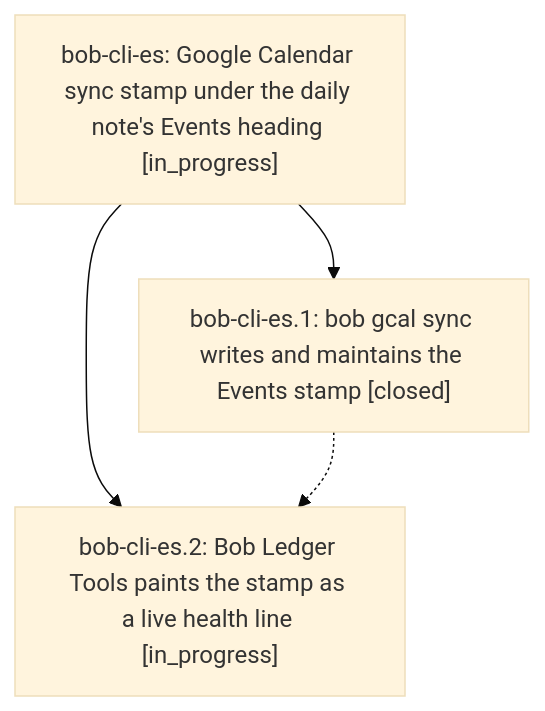
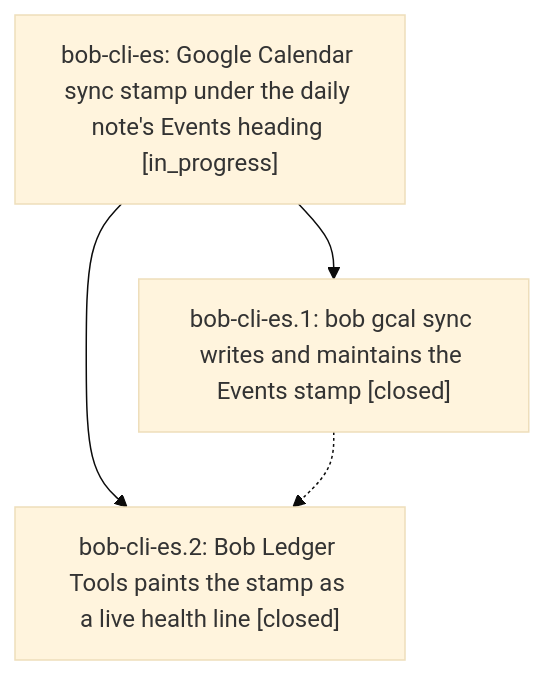
Before and after one commit to bobs-org/bob-cli--beads: the diagram in pages/bob-cli-es/README.md, drawn with Mermaid (base theme). The commit also changed other lines of this file and 2 other files, not shown here.

First line of the commit message:
chore(beads): sync bead state and pages for bob-cli-es

````diff
--- a/pages/bob-cli-es/README.md
+++ b/pages/bob-cli-es/README.md
@@ -35,9 +35,9 @@
 ```mermaid
 flowchart TD
     n0["bob-cli-es: Google Calendar sync stamp under the daily note's Events heading [in_progress]"]
     n1["bob-cli-es.1: bob gcal sync writes and maintains the Events stamp [closed]"]
-    n2["bob-cli-es.2: Bob Ledger Tools paints the stamp as a live health line [in_progress]"]
+    n2["bob-cli-es.2: Bob Ledger Tools paints the stamp as a live health line [closed]"]
     n0 --> n1
     n0 --> n2
     n1 -.-> n2
 ```
````
